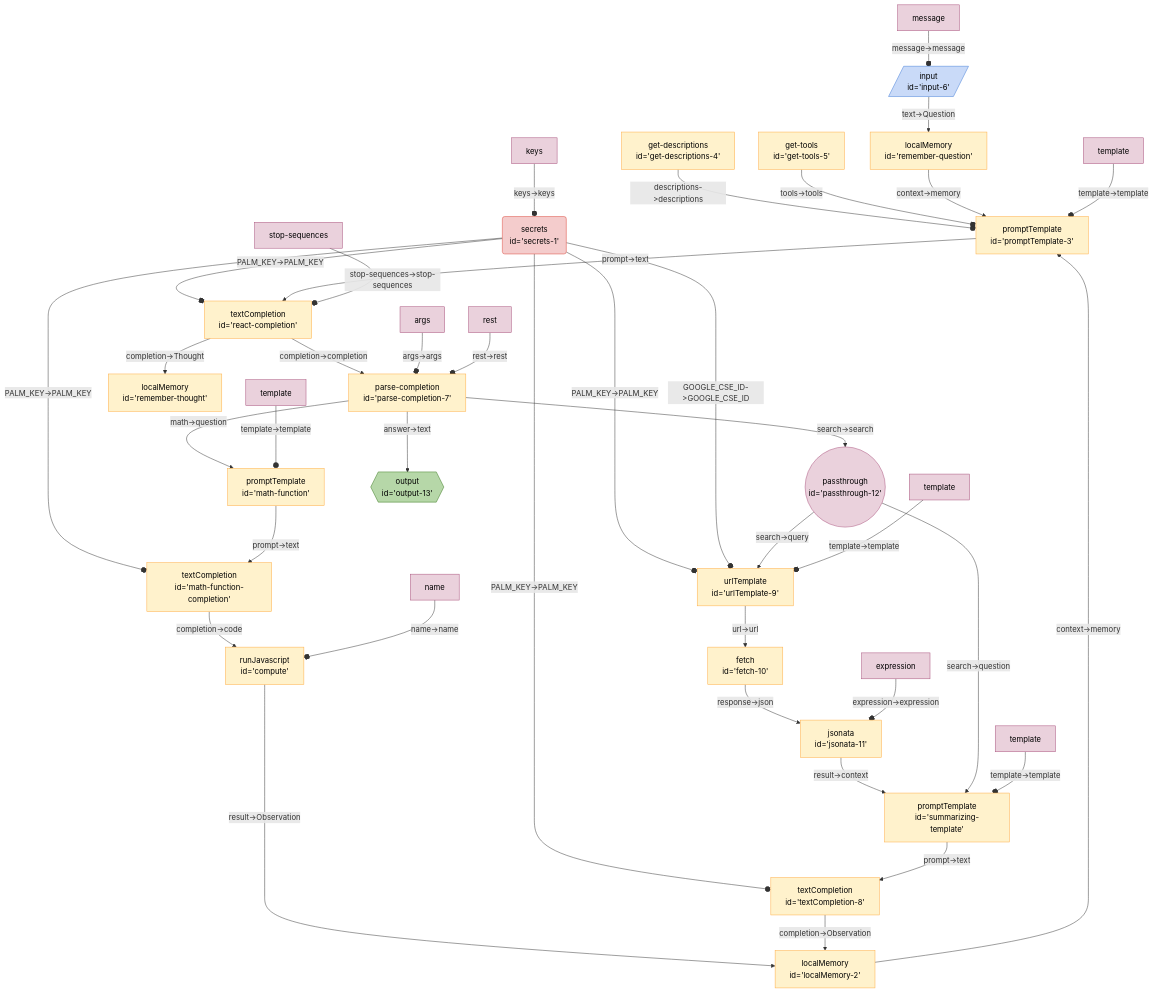
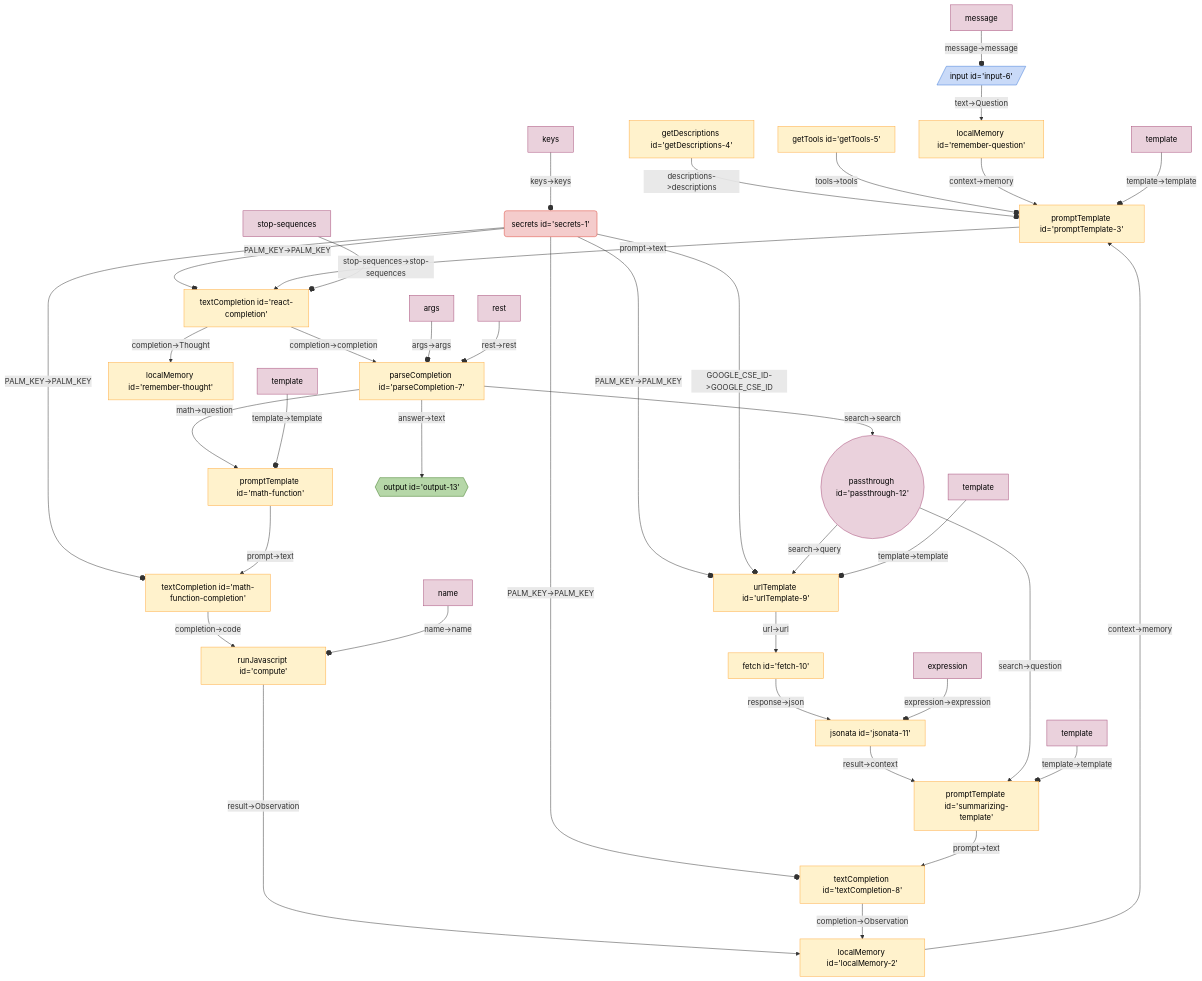
One commit to breadboard-ai/breadboard changed the diagram in seeds/graph-playground/docs/graphs/react.md. Above: the diagram before and after it, drawn with Mermaid. The commit also changed 17 other files, not shown here.

Commit message:
nit: remove extranous line break in mermaid sources

````diff
--- a/seeds/graph-playground/docs/graphs/react.md
+++ b/seeds/graph-playground/docs/graphs/react.md
@@ -5,92 +5,40 @@
   ```mermaid
   %%{init: 'themeVariables': { 'fontFamily': 'Fira Code, monospace' }}%%
 graph TD;
-getdescriptions4["get-descriptions
-id='get-descriptions-4'"] -- "descriptions->descriptions" --o promptTemplate3["promptTemplate
-id='promptTemplate-3'"]
-gettools5["get-tools
-id='get-tools-5'"] -- "tools->tools" --o promptTemplate3["promptTemplate
-id='promptTemplate-3'"]
-localMemory2["localMemory
-id='localMemory-2'"] -- "context->memory" --> promptTemplate3["promptTemplate
-id='promptTemplate-3'"]
-secrets1("secrets
-id='secrets-1'"):::secrets -- "PALM_KEY->PALM_KEY" --o reactcompletion["textCompletion
-id='react-completion'"]
-compute["runJavascript
-id='compute'"] -- "result->Observation" --> localMemory2["localMemory
-id='localMemory-2'"]
-mathfunctioncompletion["textCompletion
-id='math-function-completion'"] -- "completion->code" --> compute["runJavascript
-id='compute'"]
-secrets1("secrets
-id='secrets-1'"):::secrets -- "PALM_KEY->PALM_KEY" --o mathfunctioncompletion["textCompletion
-id='math-function-completion'"]
-mathfunction["promptTemplate
-id='math-function'"] -- "prompt->text" --> mathfunctioncompletion["textCompletion
-id='math-function-completion'"]
-textCompletion8["textCompletion
-id='textCompletion-8'"] -- "completion->Observation" --> localMemory2["localMemory
-id='localMemory-2'"]
-secrets1("secrets
-id='secrets-1'"):::secrets -- "PALM_KEY->PALM_KEY" --o textCompletion8["textCompletion
-id='textCompletion-8'"]
-summarizingtemplate["promptTemplate
-id='summarizing-template'"] -- "prompt->text" --> textCompletion8["textCompletion
-id='textCompletion-8'"]
-secrets1("secrets
-id='secrets-1'"):::secrets -- "PALM_KEY->PALM_KEY" --o urlTemplate9["urlTemplate
-id='urlTemplate-9'"]
-secrets1("secrets
-id='secrets-1'"):::secrets -- "GOOGLE_CSE_ID->GOOGLE_CSE_ID" --o urlTemplate9["urlTemplate
-id='urlTemplate-9'"]
-jsonata11["jsonata
-id='jsonata-11'"] -- "result->context" --> summarizingtemplate["promptTemplate
-id='summarizing-template'"]
-fetch10["fetch
-id='fetch-10'"] -- "response->json" --> jsonata11["jsonata
-id='jsonata-11'"]
-urlTemplate9["urlTemplate
-id='urlTemplate-9'"] -- "url->url" --> fetch10["fetch
-id='fetch-10'"]
-passthrough12(("passthrough
-id='passthrough-12'")):::passthrough -- "search->question" --> summarizingtemplate["promptTemplate
-id='summarizing-template'"]
-passthrough12(("passthrough
-id='passthrough-12'")):::passthrough -- "search->query" --> urlTemplate9["urlTemplate
-id='urlTemplate-9'"]
-parsecompletion7["parse-completion
-id='parse-completion-7'"] -- "search->search" --> passthrough12(("passthrough
-id='passthrough-12'")):::passthrough
-parsecompletion7["parse-completion
-id='parse-completion-7'"] -- "math->question" --> mathfunction["promptTemplate
-id='math-function'"]
-parsecompletion7["parse-completion
-id='parse-completion-7'"] -- "answer->text" --> output13{{"output
-id='output-13'"}}:::output
-reactcompletion["textCompletion
-id='react-completion'"] -- "completion->completion" --> parsecompletion7["parse-completion
-id='parse-completion-7'"]
-reactcompletion["textCompletion
-id='react-completion'"] -- "completion->Thought" --> rememberthought["localMemory
-id='remember-thought'"]
-promptTemplate3["promptTemplate
-id='promptTemplate-3'"] -- "prompt->text" --> reactcompletion["textCompletion
-id='react-completion'"]
-rememberquestion["localMemory
-id='remember-question'"] -- "context->memory" --> promptTemplate3["promptTemplate
-id='promptTemplate-3'"]
-input6[/"input
-id='input-6'"/]:::input -- "text->Question" --> rememberquestion["localMemory
-id='remember-question'"]
+getDescriptions4["getDescriptions id='getDescriptions-4'"] -- "descriptions->descriptions" --o promptTemplate3["promptTemplate id='promptTemplate-3'"]
+getTools5["getTools id='getTools-5'"] -- "tools->tools" --o promptTemplate3["promptTemplate id='promptTemplate-3'"]
+localMemory2["localMemory id='localMemory-2'"] -- "context->memory" --> promptTemplate3["promptTemplate id='promptTemplate-3'"]
+secrets1("secrets id='secrets-1'"):::secrets -- "PALM_KEY->PALM_KEY" --o reactcompletion["textCompletion id='react-completion'"]
+compute["runJavascript id='compute'"] -- "result->Observation" --> localMemory2["localMemory id='localMemory-2'"]
+mathfunctioncompletion["textCompletion id='math-function-completion'"] -- "completion->code" --> compute["runJavascript id='compute'"]
+secrets1("secrets id='secrets-1'"):::secrets -- "PALM_KEY->PALM_KEY" --o mathfunctioncompletion["textCompletion id='math-function-completion'"]
+mathfunction["promptTemplate id='math-function'"] -- "prompt->text" --> mathfunctioncompletion["textCompletion id='math-function-completion'"]
+textCompletion8["textCompletion id='textCompletion-8'"] -- "completion->Observation" --> localMemory2["localMemory id='localMemory-2'"]
+secrets1("secrets id='secrets-1'"):::secrets -- "PALM_KEY->PALM_KEY" --o textCompletion8["textCompletion id='textCompletion-8'"]
+summarizingtemplate["promptTemplate id='summarizing-template'"] -- "prompt->text" --> textCompletion8["textCompletion id='textCompletion-8'"]
+secrets1("secrets id='secrets-1'"):::secrets -- "PALM_KEY->PALM_KEY" --o urlTemplate9["urlTemplate id='urlTemplate-9'"]
+secrets1("secrets id='secrets-1'"):::secrets -- "GOOGLE_CSE_ID->GOOGLE_CSE_ID" --o urlTemplate9["urlTemplate id='urlTemplate-9'"]
+jsonata11["jsonata id='jsonata-11'"] -- "result->context" --> summarizingtemplate["promptTemplate id='summarizing-template'"]
+fetch10["fetch id='fetch-10'"] -- "response->json" --> jsonata11["jsonata id='jsonata-11'"]
+urlTemplate9["urlTemplate id='urlTemplate-9'"] -- "url->url" --> fetch10["fetch id='fetch-10'"]
+passthrough12(("passthrough id='passthrough-12'")):::passthrough -- "search->question" --> summarizingtemplate["promptTemplate id='summarizing-template'"]
+passthrough12(("passthrough id='passthrough-12'")):::passthrough -- "search->query" --> urlTemplate9["urlTemplate id='urlTemplate-9'"]
+parseCompletion7["parseCompletion id='parseCompletion-7'"] -- "search->search" --> passthrough12(("passthrough id='passthrough-12'")):::passthrough
+parseCompletion7["parseCompletion id='parseCompletion-7'"] -- "math->question" --> mathfunction["promptTemplate id='math-function'"]
+parseCompletion7["parseCompletion id='parseCompletion-7'"] -- "answer->text" --> output13{{"output id='output-13'"}}:::output
+reactcompletion["textCompletion id='react-completion'"] -- "completion->completion" --> parseCompletion7["parseCompletion id='parseCompletion-7'"]
+reactcompletion["textCompletion id='react-completion'"] -- "completion->Thought" --> rememberthought["localMemory id='remember-thought'"]
+promptTemplate3["promptTemplate id='promptTemplate-3'"] -- "prompt->text" --> reactcompletion["textCompletion id='react-completion'"]
+rememberquestion["localMemory id='remember-question'"] -- "context->memory" --> promptTemplate3["promptTemplate id='promptTemplate-3'"]
+input6[/"input id='input-6'"/]:::input -- "text->Question" --> rememberquestion["localMemory id='remember-question'"]
 keyssecrets1[keys]:::config -- "keys->keys" --o secrets1
 templatepromptTemplate3[template]:::config -- "template->template" --o promptTemplate3
 stopsequencesreactcompletion[stop-sequences]:::config -- "stop-sequences->stop-sequences" --o reactcompletion
 templatemathfunction[template]:::config -- "template->template" --o mathfunction
 namecompute[name]:::config -- "name->name" --o compute
 messageinput6[message]:::config -- "message->message" --o input6
-argsparsecompletion7[args]:::config -- "args->args" --o parsecompletion7
-restparsecompletion7[rest]:::config -- "rest->rest" --o parsecompletion7
+argsparseCompletion7[args]:::config -- "args->args" --o parseCompletion7
+restparseCompletion7[rest]:::config -- "rest->rest" --o parseCompletion7
 templatesummarizingtemplate[template]:::config -- "template->template" --o summarizingtemplate
 templateurlTemplate9[template]:::config -- "template->template" --o urlTemplate9
 expressionjsonata11[expression]:::config -- "expression->expression" --o jsonata11
````
